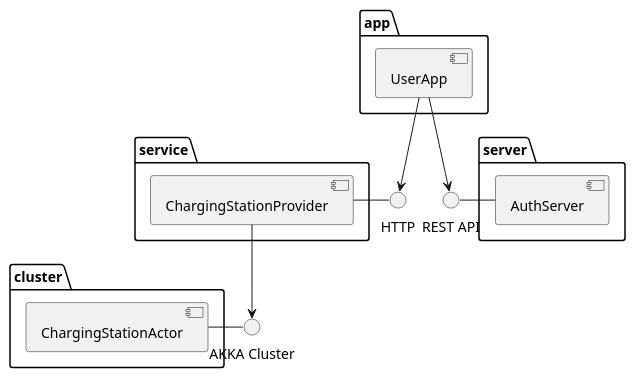
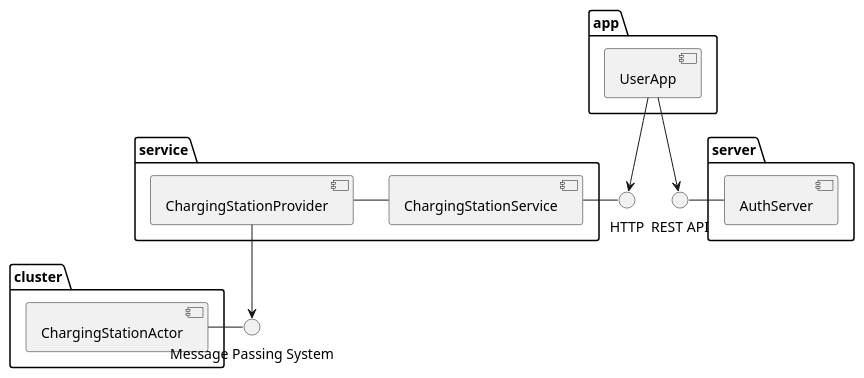
The diagram in docs/diagrams/architecture.puml (angelacorte/smart-charging-station-report), drawn with PlantUML before and after one commit. The commit also changed 7 other files, not shown here.

Commit message:
feat: added sequence diagrams

```diff
--- a/docs/diagrams/architecture.puml
+++ b/docs/diagrams/architecture.puml
@@ -1,27 +1,29 @@
 @startuml architecture
 interface "REST API" as r1
 interface "HTTP" as r2
-interface "AKKA Cluster" as ac
+interface "Message Passing System" as ac
 
 package "cluster" as c {
   [ChargingStationActor] as CSA
   CSA - ac
 }
 
 package "service" as S {
   [ChargingStationProvider] as CSP
+  [ChargingStationService] as CSS
+  CSP - CSS
   CSP --> ac
-  CSP - r2
+  CSS - r2
 }
 
 package "app" as A {
   [UserApp] as UA
   UA --> r1
   UA --> r2
 }
 
 package "server" as S1 {
   [AuthServer] as AS
   AS - r1
 }
 @enduml
```
